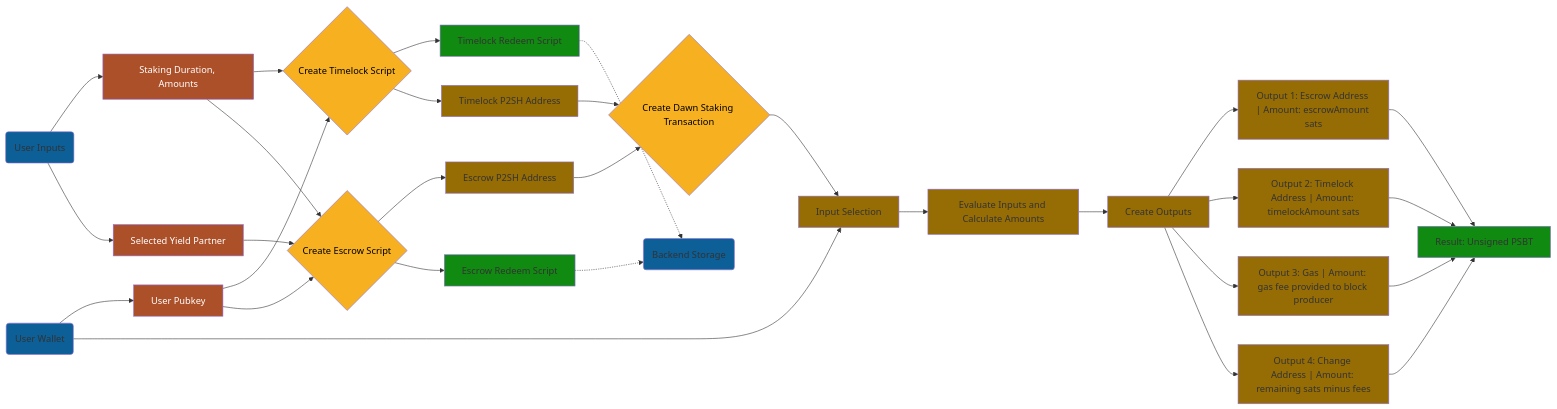
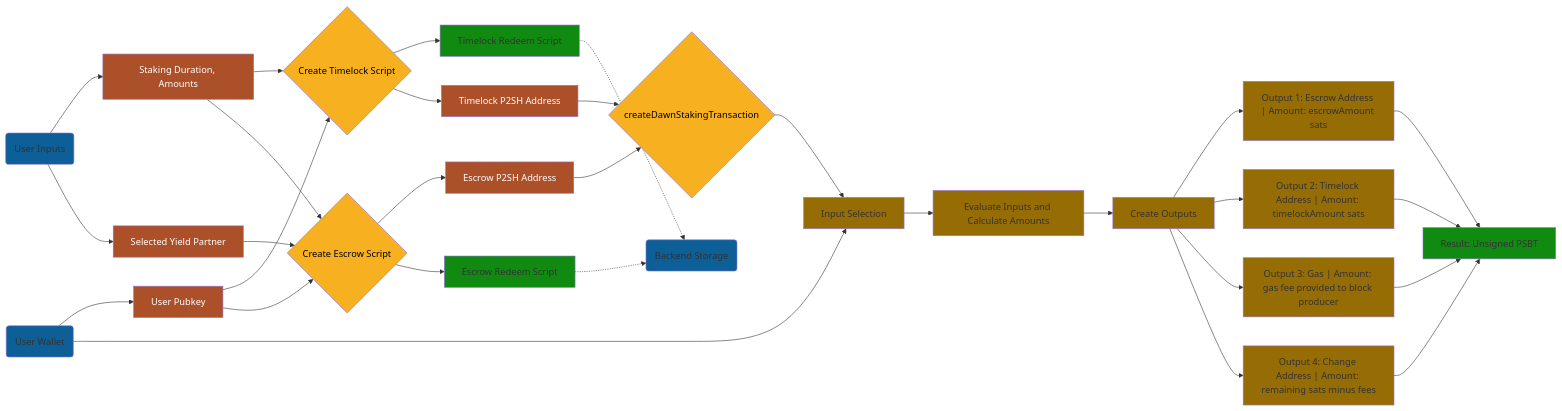
One commit to sundial-protocol/btc-locker changed the first of 3 diagrams in spec/v0/user-stories.md. Above: the diagram before and after it, drawn with Mermaid. The commit also changed other lines of this file, not shown here.

Commit message:
v0 distribution mermaid story

````diff
--- a/spec/v0/user-stories.md
+++ b/spec/v0/user-stories.md
@@ -36,51 +36,51 @@
 ```mermaid
 flowchart LR
     Wallet(User Wallet) --> UserPkh[User Pubkey]
     Input(User Inputs) --> Duration[Staking Duration, Amounts]
     Input --> YieldPartner[Selected Yield Partner]
 
     UserPkh --> MkTimelock{Create Timelock Script}
     Duration --> MkTimelock
     Duration --> MkEscrow{Create Escrow Script}
     YieldPartner --> MkEscrow
     UserPkh --> MkEscrow
 
     MkTimelock --> TimelockScript[Timelock Redeem Script]
     MkTimelock --> TimelockP2SH[Timelock P2SH Address]
     MkEscrow --> EscrowP2SH[Escrow P2SH Address]
     MkEscrow --> EscrowScript[Escrow Redeem Script]
 
-    TimelockP2SH --> Tx{Create Dawn Staking Transaction}
+    TimelockP2SH --> Tx{createDawnStakingTransaction}
     EscrowP2SH --> Tx
 
     TimelockScript -.-> Backend(Backend Storage)
     EscrowScript -.-> Backend
 
     Tx --> Selection[Input Selection]
     Wallet --> Selection
 
     Selection --> Evaluate["Evaluate Inputs and Calculate Amounts"]
 
     Evaluate --> Creation[Create Outputs]
     Creation --> O1["Output 1: Escrow Address | Amount: escrowAmount sats"]
     Creation --> O2["Output 2: Timelock Address | Amount: timelockAmount sats"]
     Creation --> O3["Output 3: Gas | Amount: gas fee provided to block producer"]
     Creation --> O4["Output 4: Change Address | Amount: remaining sats minus fees"]
 
     O1 --> Result[Result: Unsigned PSBT]
     O2 --> Result
     O3 --> Result
     O4 --> Result
 
     classDef actor fill:#0c5f97
     classDef methodStep fill:#966D05
     classDef result fill:#118a12
     classDef input fill:#ac502a,color:#fff
     classDef method fill:#F6B020,color:#000
 
     class Wallet,Input,Backend actor
-    class TimelockP2SH,EscrowP2SH,O1,O2,O3,O4,Selection,Evaluate,Creation methodStep
+    class O1,O2,O3,O4,Selection,Evaluate,Creation methodStep
     class EscrowScript,TimelockScript,Result result
     class MkTimelock,MkEscrow,Tx method
-    class UserPkh,Duration,YieldPartner input
+    class UserPkh,Duration,YieldPartner,TimelockP2SH,EscrowP2SH, input
 ```
````
